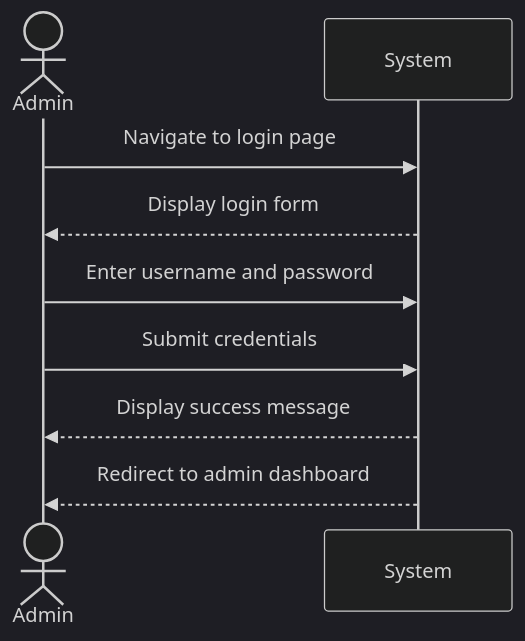
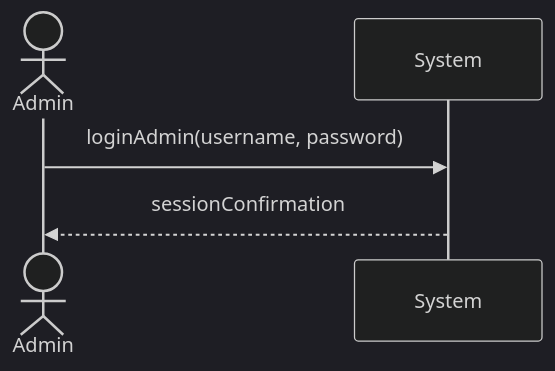
One commit to JaceYar/Software1-Proj changed the diagram in Documentation/User-Cases/AdminLogin.md. Above: the diagram before and after it, drawn with Mermaid (dark theme). The commit also changed 18 other files, not shown here.

````diff
--- a/Documentation/User-Cases/AdminLogin.md
+++ b/Documentation/User-Cases/AdminLogin.md
@@ -11,12 +11,8 @@
 ```mermaid
 sequenceDiagram
     actor Admin
     participant System
 
-    Admin->>System: Navigate to login page
-    System-->>Admin: Display login form
-    Admin->>System: Enter username and password
-    Admin->>System: Submit credentials
-    System-->>Admin: Display success message
-    System-->>Admin: Redirect to admin dashboard
+    Admin->>System: loginAdmin(username, password)
+    System-->>Admin: sessionConfirmation
 ```
````
